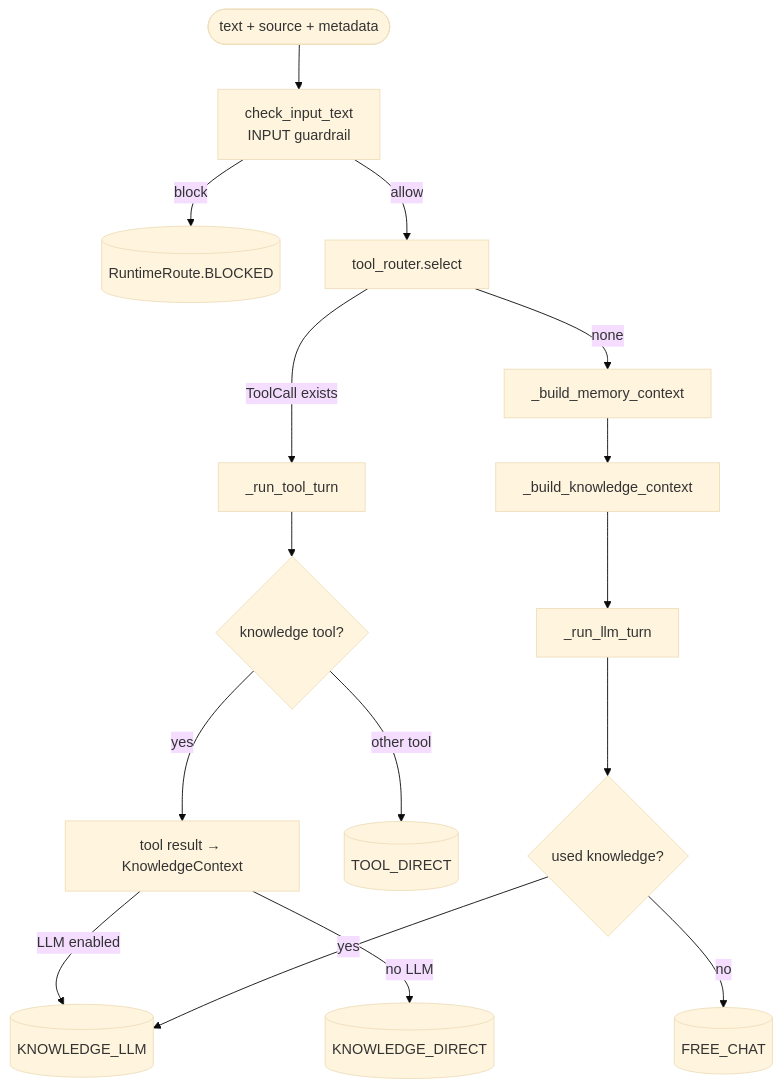
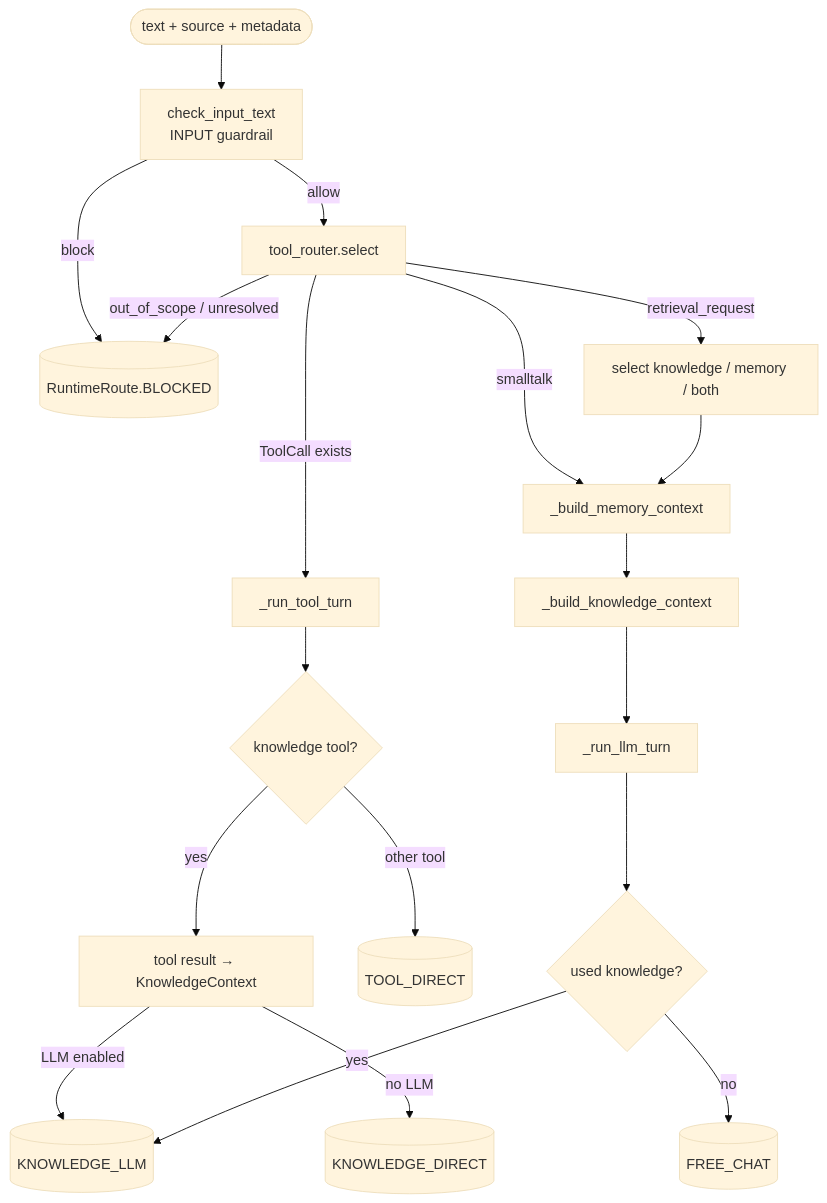
The first of 4 diagrams in docs/05-assistant-runtime.md (finalflash159/soca), drawn with Mermaid (base theme) before and after one commit. The commit also changed other lines of this file and 4 other files, not shown here.

````diff
--- a/docs/05-assistant-runtime.md
+++ b/docs/05-assistant-runtime.md
@@ -10,20 +10,23 @@
 ```mermaid
 flowchart TD
     IN([text + source + metadata]) --> G1[check_input_text<br/>INPUT guardrail]
     G1 -->|block| B[(RuntimeRoute.BLOCKED)]
     G1 -->|allow| TR[tool_router.select]
     TR -->|ToolCall exists| TT[_run_tool_turn]
-    TR -->|none| MEM[_build_memory_context]
+    TR -->|retrieval_request| RET[select knowledge / memory / both]
+    TR -->|smalltalk| MEM[_build_memory_context]
+    TR -->|out_of_scope / unresolved| B
+    RET --> MEM
     MEM --> KN[_build_knowledge_context]
     KN --> LLM[_run_llm_turn]
 
     TT --> RT{knowledge tool?}
     RT -->|yes| KC[tool result → KnowledgeContext]
     KC -->|LLM enabled| KL[(KNOWLEDGE_LLM)]
     KC -->|no LLM| KD[(KNOWLEDGE_DIRECT)]
     RT -->|other tool| TD[(TOOL_DIRECT)]
 
     LLM --> RU{used knowledge?}
     RU -->|yes| KL[(KNOWLEDGE_LLM)]
     RU -->|no| FC[(FREE_CHAT)]
 ```
````
